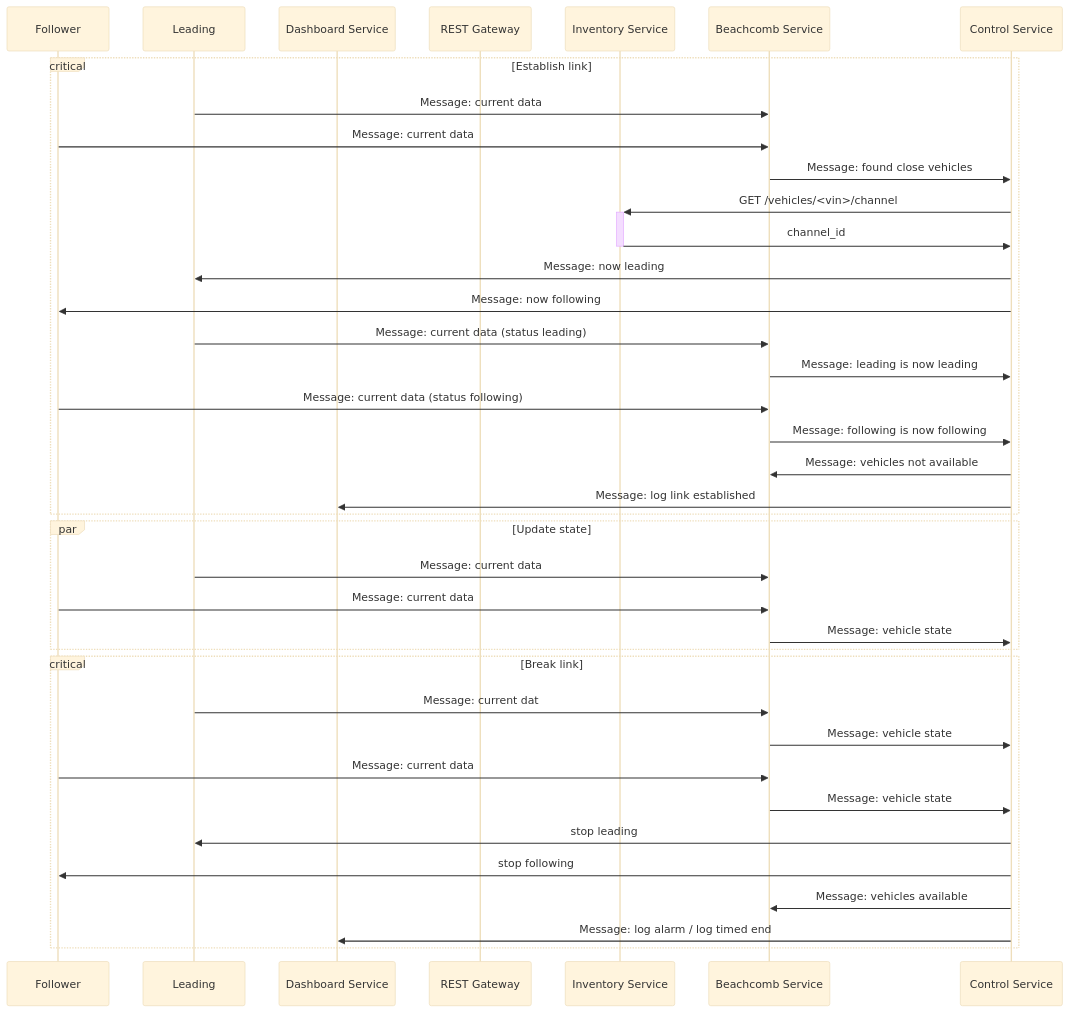
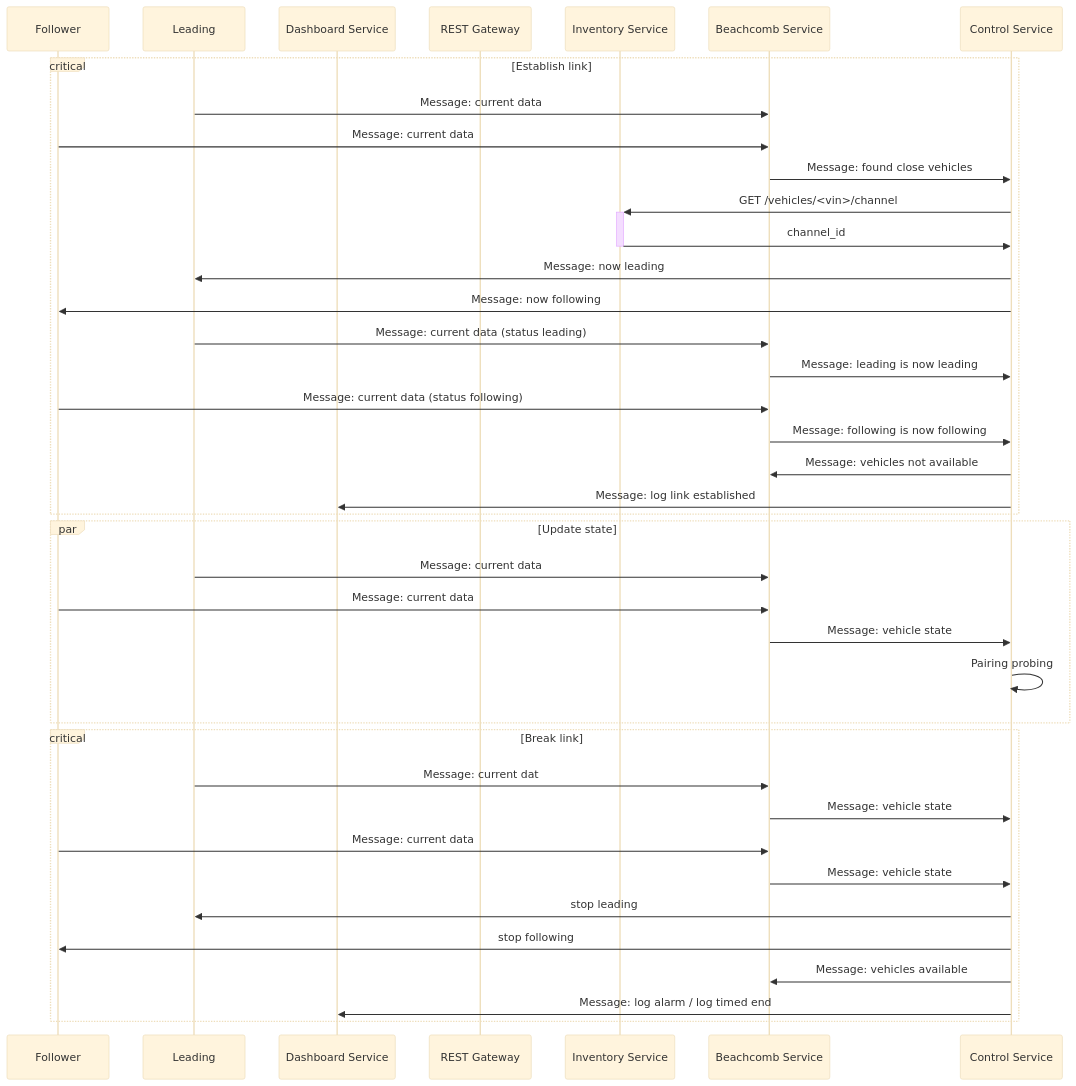
Before and after one commit to Maustrian3/DSE24: the first of 4 diagrams in README.md, drawn with Mermaid (base theme).

Commit message:
README: Added probing message to sequence diagram

````diff
--- a/README.md
+++ b/README.md
@@ -67,47 +67,48 @@
 ```mermaid
 sequenceDiagram
   participant Follower
   participant Leading
   participant Dashboard as Dashboard Service
   participant REST as REST Gateway
   participant Inventory as Inventory Service
   participant Beachcomb as Beachcomb Service
   participant Control as Control Service
   critical Establish link
     Leading ->> Beachcomb: Message: current data
     Follower ->> Beachcomb: Message: current data
     Beachcomb ->> Control: Message: found close vehicles
 
     Control ->>+ Inventory: GET /vehicles/<vin>/channel
     Inventory ->>- Control: channel_id
     
     Control ->> Leading: Message: now leading
     Control ->> Follower: Message: now following
     
     Leading ->> Beachcomb: Message: current data (status leading)
     Beachcomb ->> Control: Message: leading is now leading
     Follower ->> Beachcomb: Message: current data (status following)
     Beachcomb ->> Control: Message: following is now following
 
     Control ->> Beachcomb: Message: vehicles not available
     Control ->> Dashboard: Message: log link established
   end
   par Update state
     Leading ->> Beachcomb: Message: current data
     Follower ->> Beachcomb: Message: current data
     Beachcomb ->> Control: Message: vehicle state 
+    Control ->> Control: Pairing probing
   end
   critical Break link
     Leading ->> Beachcomb: Message: current dat
     Beachcomb ->> Control: Message: vehicle state
 
     Follower ->> Beachcomb: Message: current data
     Beachcomb ->> Control: Message: vehicle state
  
     Control ->> Leading: stop leading
     Control ->> Follower: stop following
 
     Control ->> Beachcomb: Message: vehicles available
     Control ->> Dashboard: Message: log alarm / log timed end
   end
 ```
````
